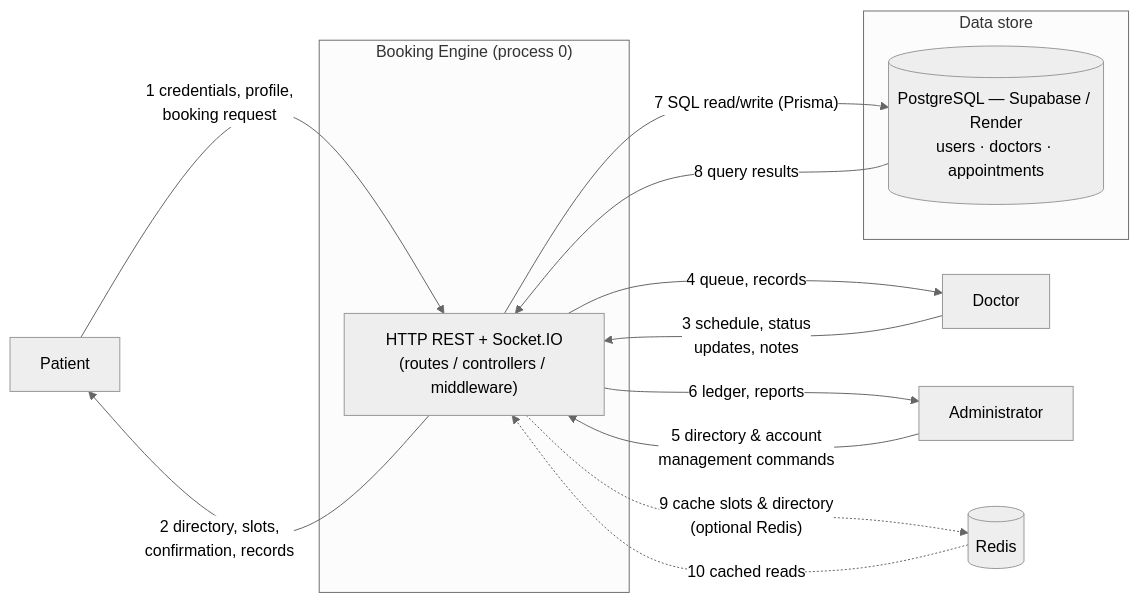
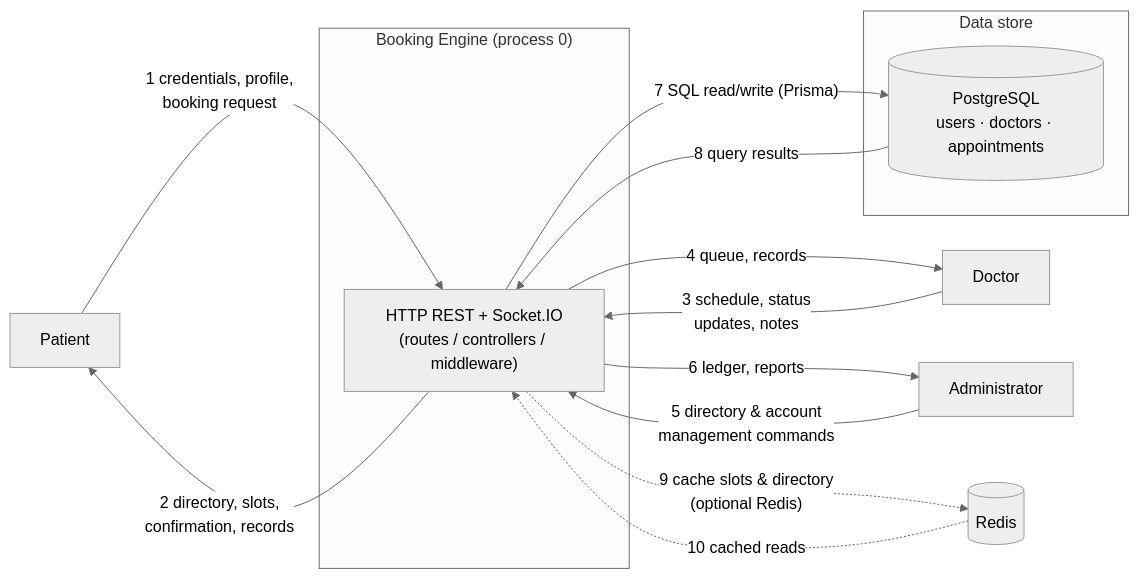
One commit to Mugetsu-1/Hospital-Booking-System changed the diagram in docs/dfd-context.md. Above: the diagram before and after it, drawn with Mermaid (neutral theme). The commit also changed 17 other files, not shown here.

````diff
--- a/docs/dfd-context.md
+++ b/docs/dfd-context.md
@@ -7,27 +7,27 @@
 ```mermaid
 flowchart LR
   P["Patient"]
   D["Doctor"]
   A["Administrator"]
 
   subgraph engine["Booking Engine (process 0)"]
     API["HTTP REST + Socket.IO\n(routes / controllers / middleware)"]
   end
 
   subgraph store["Data store"]
-    DB[("PostgreSQL — Supabase / Render\nusers · doctors · appointments")]
+    DB[("PostgreSQL\nusers · doctors · appointments")]
   end
 
   P -->|"1  credentials, profile,\nbooking request"| API
   API -->|"2  directory, slots,\nconfirmation, records"| P
   D -->|"3  schedule, status\nupdates, notes"| API
   API -->|"4  queue, records"| D
   A -->|"5  directory & account\nmanagement commands"| API
   API -->|"6  ledger, reports"| A
 
   API -->|"7  SQL read/write (Prisma)"| DB
   DB -->|"8  query results"| API
 
   API -.->|"9  cache slots & directory\n(optional Redis)"| C[(Redis)]
   C -.->|"10  cached reads"| API
 ```
````
